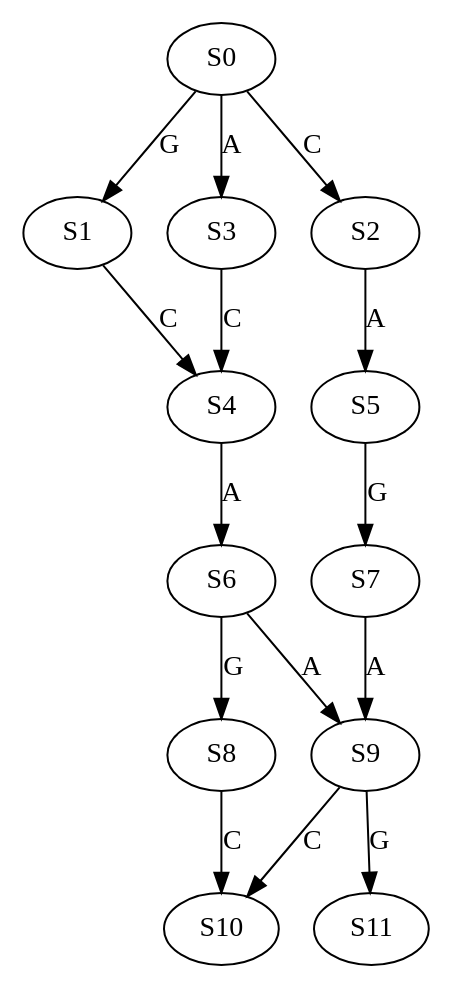
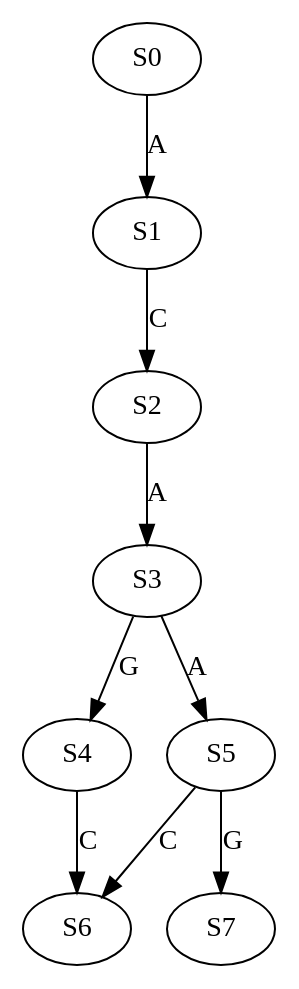
The diagram in data/graph/GT_vs_WGT/RevDetG_DNA/Human_CLPX_orthologues_DNA_l_6_a_4.dot (Kuanhao-Chao/Wheeler_Graph_Toolkit), drawn with Graphviz before and after one commit. The commit also changed 11978 other files, not shown here.

Commit message:
Update data/graph/

```diff
--- a/data/graph/GT_vs_WGT/RevDetG_DNA/Human_CLPX_orthologues_DNA_l_6_a_4.dot
+++ b/data/graph/GT_vs_WGT/RevDetG_DNA/Human_CLPX_orthologues_DNA_l_6_a_4.dot
@@ -1,16 +1,10 @@
 strict digraph  {
-	S0 -> S1 [ label = G ];
-	S0 -> S2 [ label = C ];
-	S0 -> S3 [ label = A ];
-	S1 -> S4 [ label = C ];
-	S2 -> S5 [ label = A ];
-	S3 -> S4 [ label = C ];
-	S4 -> S6 [ label = A ];
+	S0 -> S1 [ label = A ];
+	S1 -> S2 [ label = C ];
+	S2 -> S3 [ label = A ];
+	S3 -> S4 [ label = G ];
+	S3 -> S5 [ label = A ];
+	S4 -> S6 [ label = C ];
 	S5 -> S7 [ label = G ];
-	S6 -> S8 [ label = G ];
-	S6 -> S9 [ label = A ];
-	S7 -> S9 [ label = A ];
-	S8 -> S10 [ label = C ];
-	S9 -> S11 [ label = G ];
-	S9 -> S10 [ label = C ];
+	S5 -> S6 [ label = C ];
 }
```
